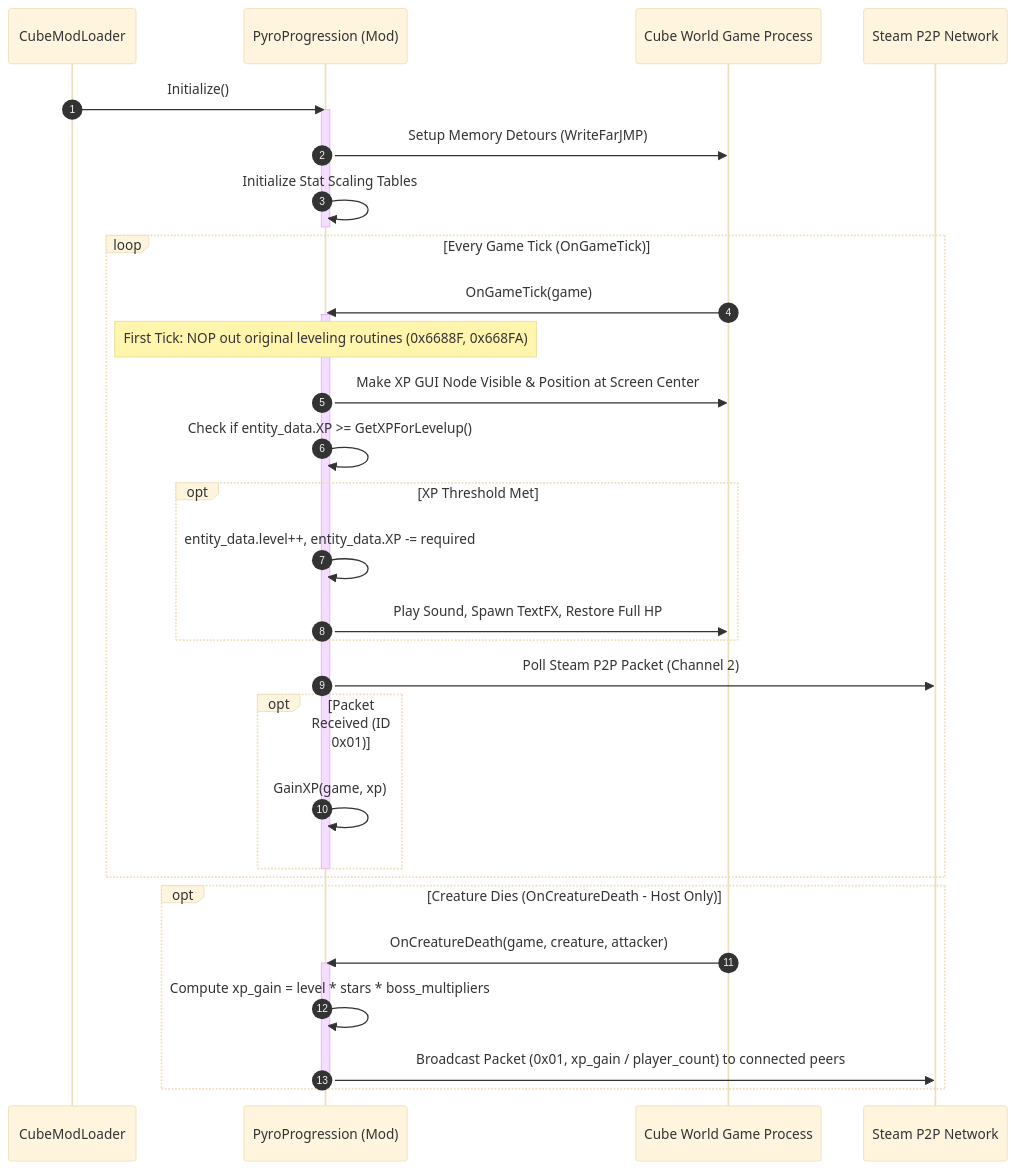
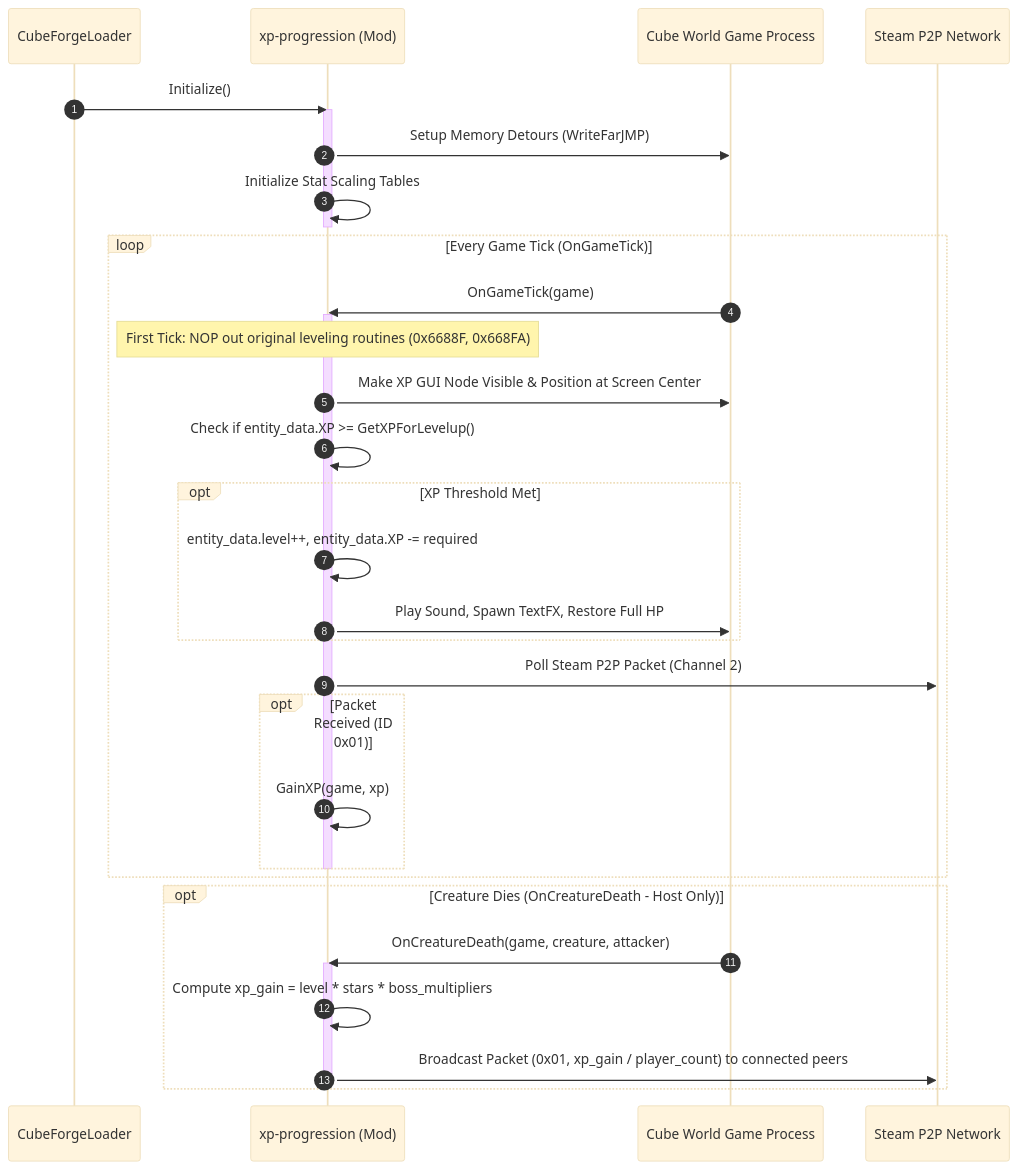
One commit to Gildofj/cubeforge.xp-progression changed the second of 2 diagrams in docs/ARCHITECTURE.md. Above: the diagram before and after it, drawn with Mermaid (base theme). The commit also changed other lines of this file and 40 other files, not shown here.

First line of the commit message:
Rebrand PyroProgression to xp-progression

````diff
--- a/docs/ARCHITECTURE.md
+++ b/docs/ARCHITECTURE.md
@@ -80,39 +80,39 @@
 ```mermaid
 sequenceDiagram
     autonumber
-    participant Loader as CubeModLoader
-    participant Mod as PyroProgression (Mod)
+    participant Loader as CubeForgeLoader
+    participant Mod as xp-progression (Mod)
     participant Game as Cube World Game Process
     participant Net as Steam P2P Network
 
     Loader->>Mod: Initialize()
     activate Mod
     Mod->>Game: Setup Memory Detours (WriteFarJMP)
     Mod->>Mod: Initialize Stat Scaling Tables
     deactivate Mod
 
     loop Every Game Tick (OnGameTick)
         Game->>Mod: OnGameTick(game)
         activate Mod
         Note over Mod: First Tick: NOP out original leveling routines (0x6688F, 0x668FA)
         Mod->>Game: Make XP GUI Node Visible & Position at Screen Center
         Mod->>Mod: Check if entity_data.XP >= GetXPForLevelup()
         opt XP Threshold Met
             Mod->>Mod: entity_data.level++, entity_data.XP -= required
             Mod->>Game: Play Sound, Spawn TextFX, Restore Full HP
         end
         Mod->>Net: Poll Steam P2P Packet (Channel 2)
         opt Packet Received (ID 0x01)
             Mod->>Mod: GainXP(game, xp)
         end
         deactivate Mod
     end
 
     opt Creature Dies (OnCreatureDeath - Host Only)
         Game->>Mod: OnCreatureDeath(game, creature, attacker)
         activate Mod
         Mod->>Mod: Compute xp_gain = level * stars * boss_multipliers
         Mod->>Net: Broadcast Packet (0x01, xp_gain / player_count) to connected peers
         deactivate Mod
     end
 ```
````
